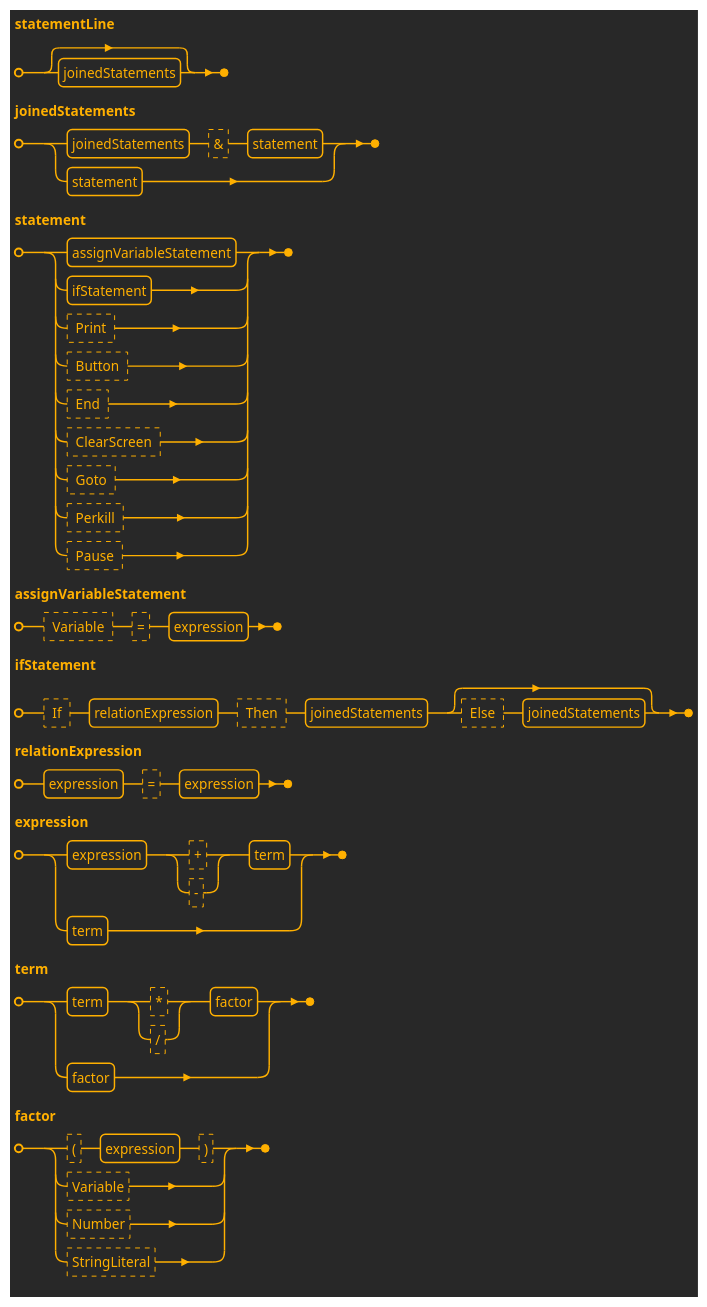
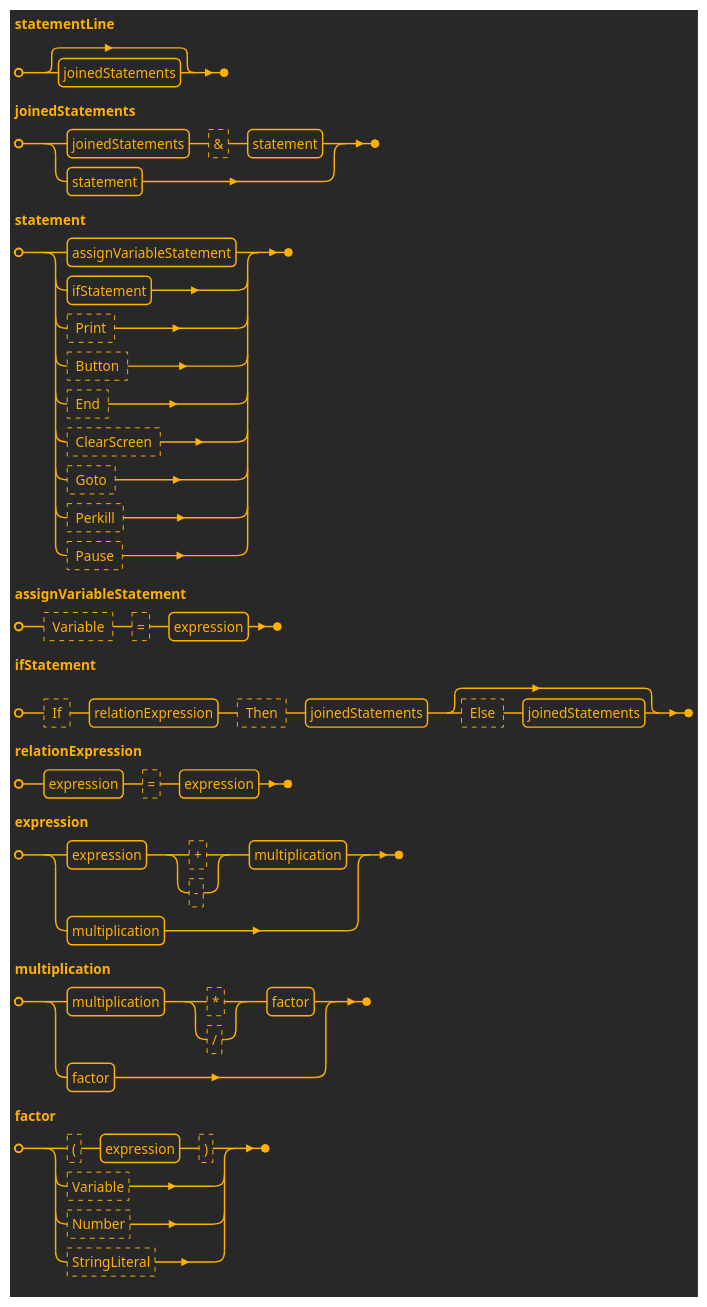
Before and after one commit to realsonic/MURQ: the first of 7 diagrams in Domain/MURQ.Domain/URQL/docs/URQL Lines Syntax.md, drawn with PlantUML. The commit also changed other lines of this file and 2 other files, not shown here.

Commit message:
refactor: рекурсивный метод InterpretJoinedStatementsRestAsync заменён на цикл while в исходном методе InterpretJoinedStatementsAsync; нетереминал term переименован в multiplication

````diff
--- a/Domain/MURQ.Domain/URQL/docs/URQL Lines Syntax.md
+++ b/Domain/MURQ.Domain/URQL/docs/URQL Lines Syntax.md
@@ -2,39 +2,39 @@
 ```plantuml
 @startebnf URQL Line
 !theme crt-amber
 ' skinparam monochrome reverse
 
 statementLine = [ joinedStatements ];
 
 joinedStatements = 
       joinedStatements, ?&?, statement
     | statement;
 
 statement =
     assignVariableStatement
   | ifStatement
   | ? Print ?
   | ? Button ?
   | ? End ?
   | ? ClearScreen ?
   | ? Goto ?
   | ? Perkill ?
   | ? Pause ?;
 
 assignVariableStatement = ? Variable ?,  ?=?, expression;
 
 ifStatement = ? If ?, relationExpression, ? Then ?, joinedStatements, [ ? Else ?, joinedStatements ];
 
 relationExpression = expression, ?=?, expression;
 
 expression =
-    expression, (?+? | ?-?), term
-  | term;
+    expression, (?+? | ?-?), multiplication
+  | multiplication;
 
-term =
-    term, (?*? | ?/?), factor
+multiplication =
+    multiplication, (?*? | ?/?), factor
   | factor;
 
 factor = ?(?, expression, ?)? | ?Variable? | ?Number? | ?StringLiteral?;
 @endebnf
 ```
````
